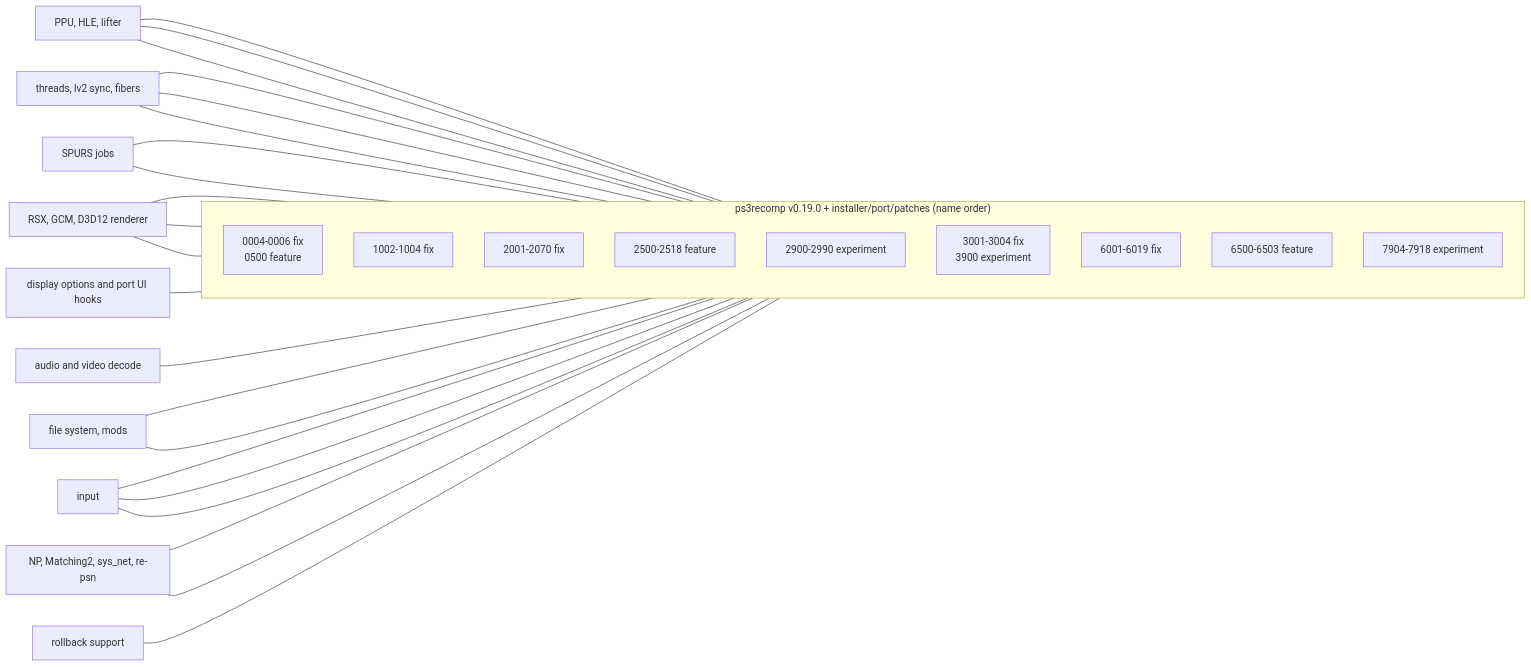
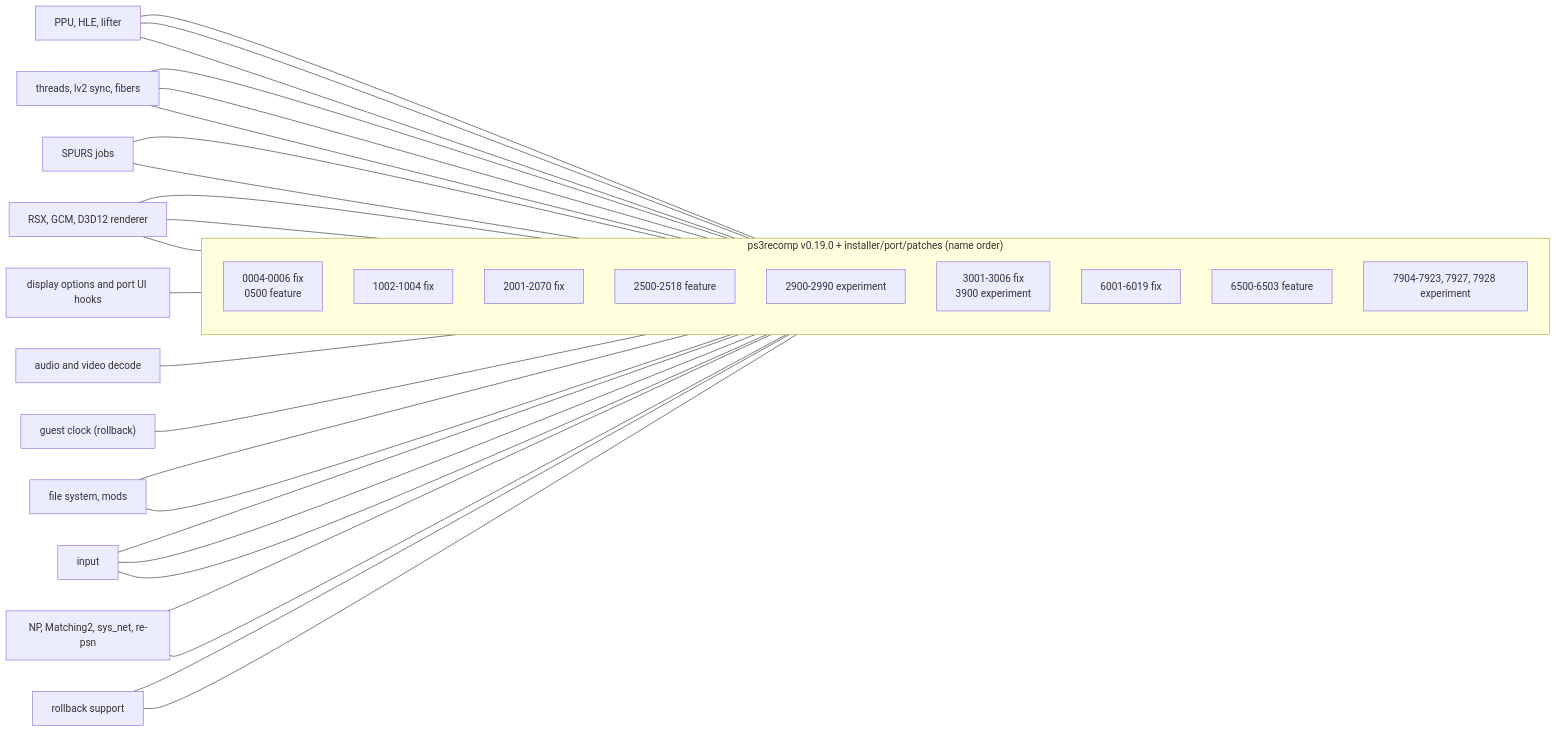
The first of 2 diagrams in docs/code-map/patches.md (Tsamiuy/jsp-vs-ex), drawn with Mermaid before and after one commit. The commit also changed other lines of this file and 5 other files, not shown here.

````diff
--- a/docs/code-map/patches.md
+++ b/docs/code-map/patches.md
@@ -32,25 +32,26 @@
 ```mermaid
 flowchart LR
   subgraph toolkit["ps3recomp v0.19.0 + installer/port/patches (name order)"]
     direction TB
     P0["0004-0006 fix<br/>0500 feature"]
     P1["1002-1004 fix"]
     P20["2001-2070 fix"]
     P25["2500-2518 feature"]
     P29["2900-2990 experiment"]
-    P3["3001-3004 fix<br/>3900 experiment"]
+    P3["3001-3006 fix<br/>3900 experiment"]
     P60["6001-6019 fix"]
     P65["6500-6503 feature"]
-    P79["7904-7918 experiment"]
+    P79["7904-7923, 7927, 7928 experiment"]
   end
   PPU["PPU, HLE, lifter"] --- P0 & P60 & P79
   THR["threads, lv2 sync, fibers"] --- P0 & P60 & P79
   SPURS["SPURS jobs"] --- P1 & P79
   RSX["RSX, GCM, D3D12 renderer"] --- P20 & P29 & P60
   UI["display options and port UI hooks"] --- P25
   AUD["audio and video decode"] --- P3
+  CLK["guest clock (rollback)"] --- P3
   FS["file system, mods"] --- P60 & P65
   IN["input"] --- P60 & P65 & P79
   NET["NP, Matching2, sys_net, re-psn"] --- P60 & P79
-  RB["rollback support"] --- P79
+  RB["rollback support"] --- P3 & P79
 ```
````
